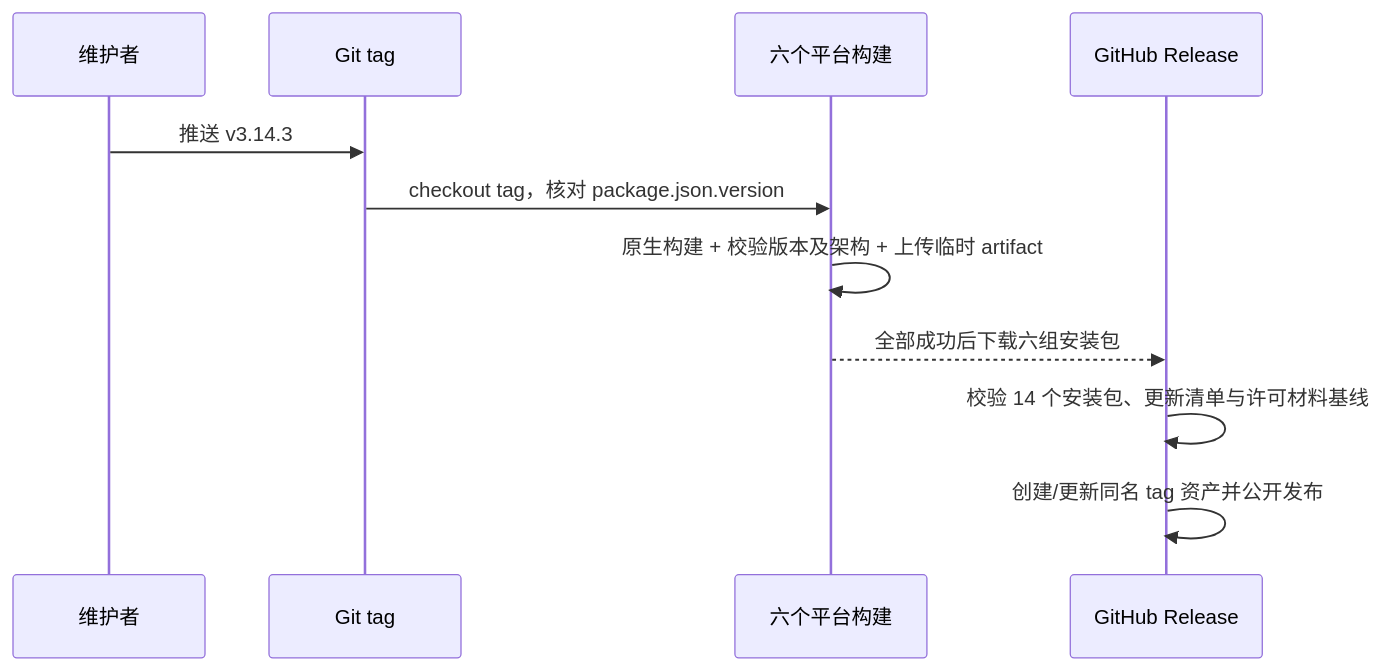
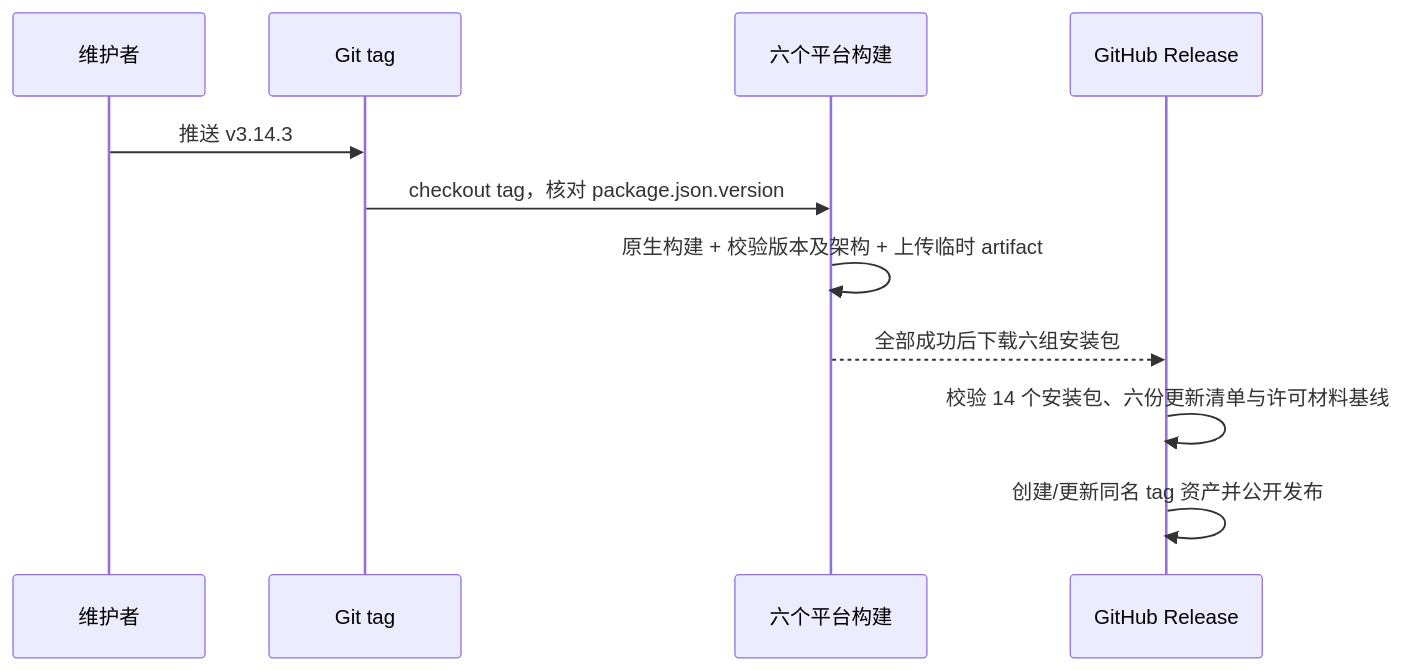
The diagram in specs/github-actions-desktop-release.md (lemon-casino/LemonCode), drawn with Mermaid before and after one commit. The commit also changed other lines of this file and 33 other files, not shown here.

````diff
--- a/specs/github-actions-desktop-release.md
+++ b/specs/github-actions-desktop-release.md
@@ -59,13 +67,13 @@
 ```mermaid
 sequenceDiagram
   participant Maintainer as 维护者
   participant Git as Git tag
   participant Matrix as 六个平台构建
   participant Release as GitHub Release
   Maintainer->>Git: 推送 v3.14.3
   Git->>Matrix: checkout tag，核对 package.json.version
   Matrix->>Matrix: 原生构建 + 校验版本及架构 + 上传临时 artifact
   Matrix-->>Release: 全部成功后下载六组安装包
-  Release->>Release: 校验 14 个安装包、更新清单与许可材料基线
+  Release->>Release: 校验 14 个安装包、六份更新清单与许可材料基线
   Release->>Release: 创建/更新同名 tag 资产并公开发布
 ```
````
